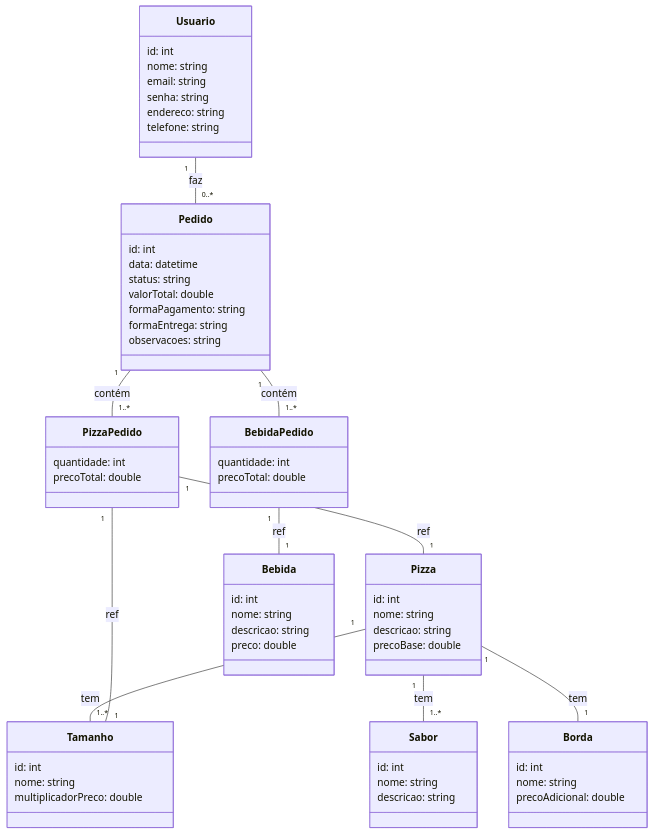
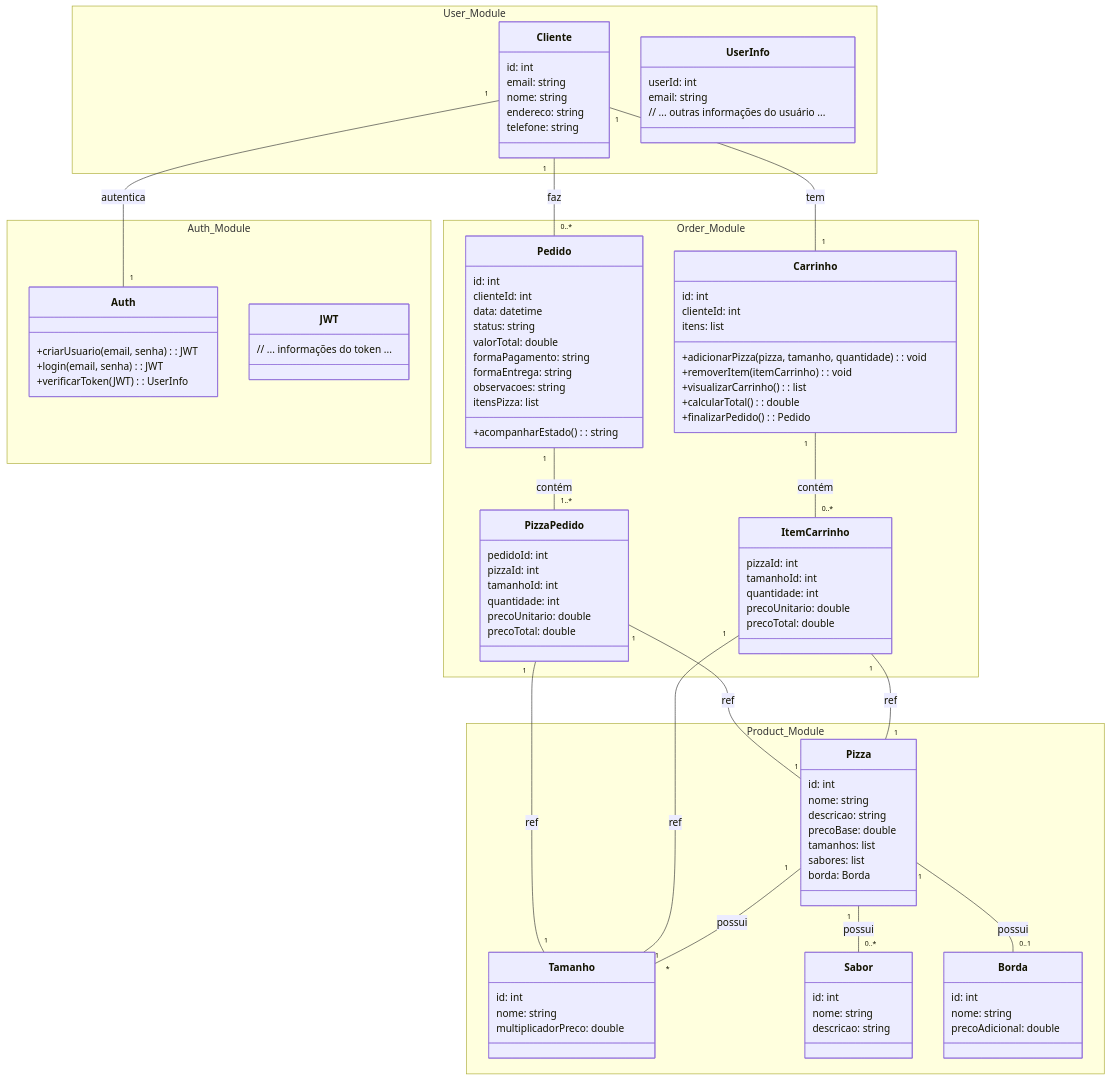
The diagram in README.md (Hyuse98/pizza-ordering-backend), drawn with Mermaid before and after one commit.

`````diff
--- a/README.md
+++ b/README.md
@@ -5,66 +5,112 @@
 ````mermaid
 classDiagram
-  class Usuario {
-    id: int
-    nome: string
-    email: string
-    senha: string
-    endereco: string
-    telefone: string
-  }
-  class Pedido {
-    id: int
-    data: datetime
-    status: string
-    valorTotal: double
-    formaPagamento: string
-    formaEntrega: string
-    observacoes: string
-  }
-  class Pizza {
-    id: int
-    nome: string
-    descricao: string
-    precoBase: double
-  }
-  class Tamanho {
-    id: int
-    nome: string
-    multiplicadorPreco: double
-  }
-  class Sabor {
-    id: int
-    nome: string
-    descricao: string
-  }
-  class Borda {
-    id: int
-    nome: string
-    precoAdicional: double
-  }
-  class Bebida {
-    id: int
-    nome: string
-    descricao: string
-    preco: double
-  }
-  class PizzaPedido {
-    quantidade: int
-    precoTotal: double
-  }
-  class BebidaPedido {
-    quantidade: int
-    precoTotal: double
-  }
 
-  Usuario "1" -- "0..*" Pedido : faz
-  Pedido "1" -- "1..*" PizzaPedido : contém
-  Pedido "1" -- "1..*" BebidaPedido : contém
-  Pizza "1" -- "1..*" Tamanho : tem
-  Pizza "1" -- "1..*" Sabor : tem
-  Pizza "1" -- "1" Borda : tem
-  PizzaPedido "1" -- "1" Pizza : ref
-  PizzaPedido "1" -- "1" Tamanho : ref
-  BebidaPedido "1" -- "1" Bebida : ref
+namespace Auth_Module{
+    class Auth {
+        +criarUsuario(email, senha): JWT
+        +login(email, senha): JWT
+        +verificarToken(JWT): UserInfo
+    }
+
+    class JWT {
+        // ... informações do token ...
+    }
+    
+}
+    namespace User_Module {
+        class Cliente {
+            id: int
+            email: string
+            nome: string
+            endereco: string
+            telefone: string
+        }        
+
+        class UserInfo {
+            userId: int
+            email: string
+            // ... outras informações do usuário ...
+        }
+    }
+
+    namespace Order_Module {
+        class Carrinho {
+            id: int
+            clienteId: int
+            itens: list<ItemCarrinho>
+            +adicionarPizza(pizza, tamanho, quantidade): void
+            +removerItem(itemCarrinho): void
+            +visualizarCarrinho(): list<ItemCarrinho>
+            +calcularTotal(): double
+            +finalizarPedido(): Pedido
+        }
+        class ItemCarrinho {
+            pizzaId: int
+            tamanhoId: int
+            quantidade: int
+            precoUnitario: double
+            precoTotal: double
+        }
+        class Pedido {
+            id: int
+            clienteId: int
+            data: datetime
+            status: string
+            valorTotal: double
+            formaPagamento: string
+            formaEntrega: string
+            observacoes: string
+            itensPizza: list<PizzaPedido>
+            +acompanharEstado(): string
+        }
+        class PizzaPedido {
+            pedidoId: int
+            pizzaId: int
+            tamanhoId: int
+            quantidade: int
+            precoUnitario: double
+            precoTotal: double
+        }
+    }
+
+    namespace Product_Module {
+        class Pizza {
+            id: int
+            nome: string
+            descricao: string
+            precoBase: double
+            tamanhos: list<Tamanho>
+            sabores: list<Sabor>
+            borda: Borda
+        }
+        class Tamanho {
+            id: int
+            nome: string
+            multiplicadorPreco: double
+        }
+        class Sabor {
+            id: int
+            nome: string
+            descricao: string
+        }
+        class Borda {
+            id: int
+            nome: string
+            precoAdicional: double
+        }
+    }
+    
+    Cliente "1" -- "1" Carrinho: tem
+    Cliente "1" -- "0..*" Pedido: faz
+    Carrinho "1" -- "0..*" ItemCarrinho: contém
+    Pedido "1" -- "1..*" PizzaPedido: contém
+    Pizza "1" -- "*" Tamanho: possui
+    Pizza "1" -- "0..*" Sabor: possui
+    Pizza "1" -- "0..1" Borda: possui
+    ItemCarrinho "1" -- "1" Pizza: ref
+    ItemCarrinho "1" -- "1" Tamanho: ref
+    PizzaPedido "1" -- "1" Pizza: ref
+    PizzaPedido "1" -- "1" Tamanho: ref
+    Cliente "1" -- "1" Auth: autentica
 
 ````
`````
